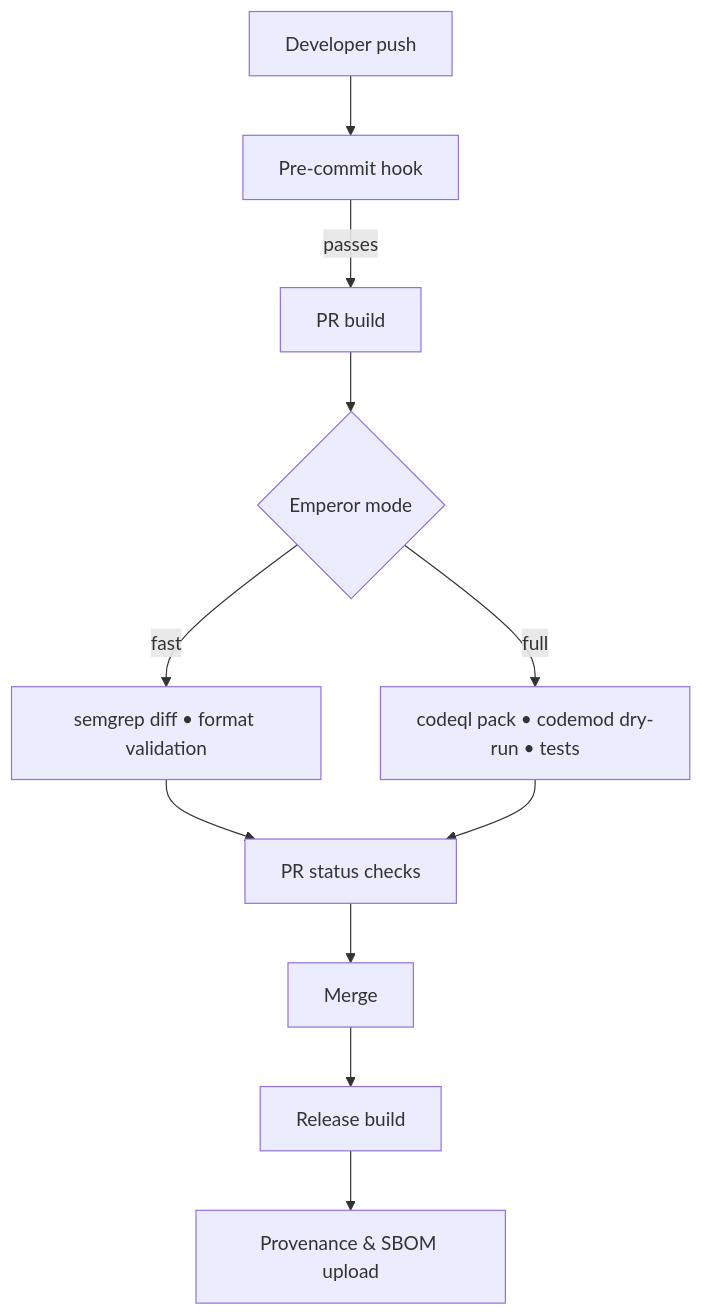
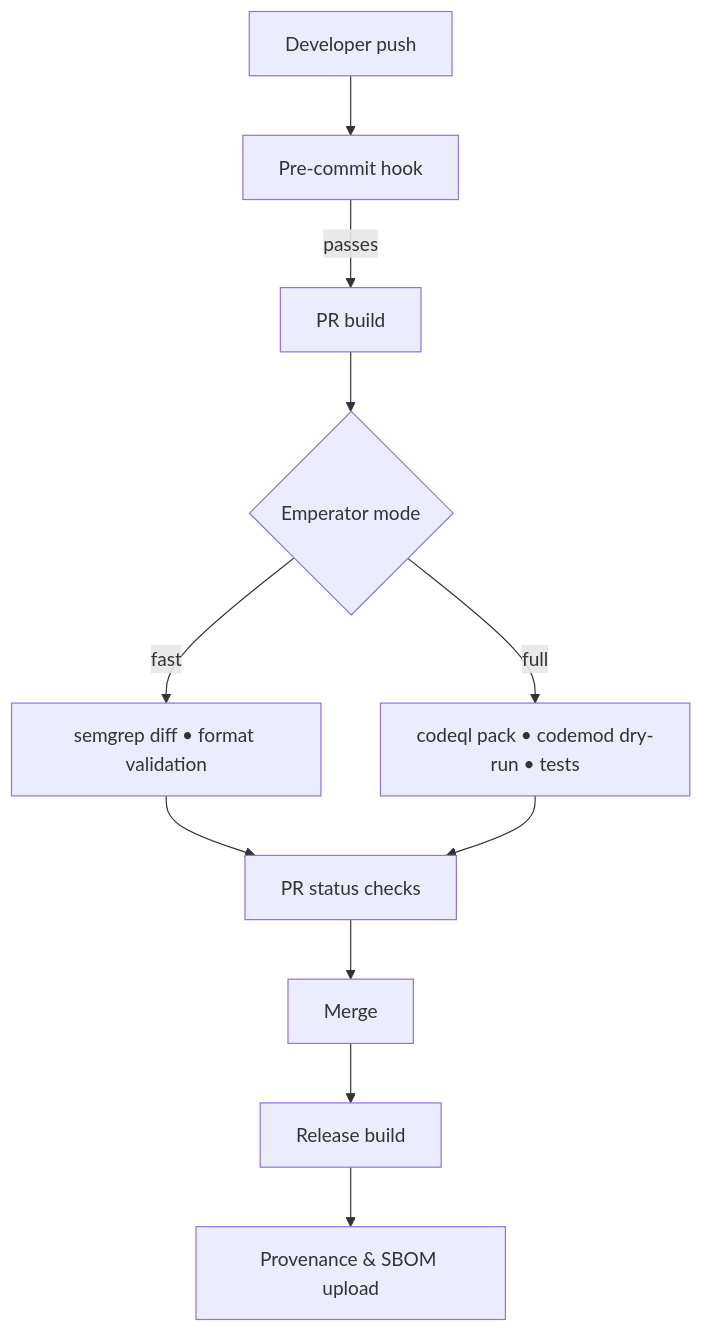
Before and after one commit to IAmJonoBo/Emperator: the diagram in docs/how-to/ci-integration.md, drawn with Mermaid. The commit also changed other lines of this file and 20 other files, not shown here.

Commit message:
chore: rename emperor references to emperator

````diff
--- a/docs/how-to/ci-integration.md
+++ b/docs/how-to/ci-integration.md
@@ -15,13 +15,13 @@
 ```mermaid
 flowchart TD
-	A[Developer push] --> B[Pre-commit hook]
-	B -->|passes| C[PR build]
-	C --> D{Emperor mode}
-	D -->|fast| E[semgrep diff • format validation]
-	D -->|full| F[codeql pack • codemod dry-run • tests]
-	E --> G[PR status checks]
-	F --> G
-	G --> H[Merge]
-	H --> I[Release build]
-	I --> J[Provenance & SBOM upload]
+	  A[Developer push] --> B[Pre-commit hook]
+	  B -->|passes| C[PR build]
+	  C --> D{Emperator mode}
+	  D -->|fast| E[semgrep diff • format validation]
+	  D -->|full| F[codeql pack • codemod dry-run • tests]
+	  E --> G[PR status checks]
+	  F --> G
+	  G --> H[Merge]
+	  H --> I[Release build]
+	  I --> J[Provenance & SBOM upload]
 ```
````
